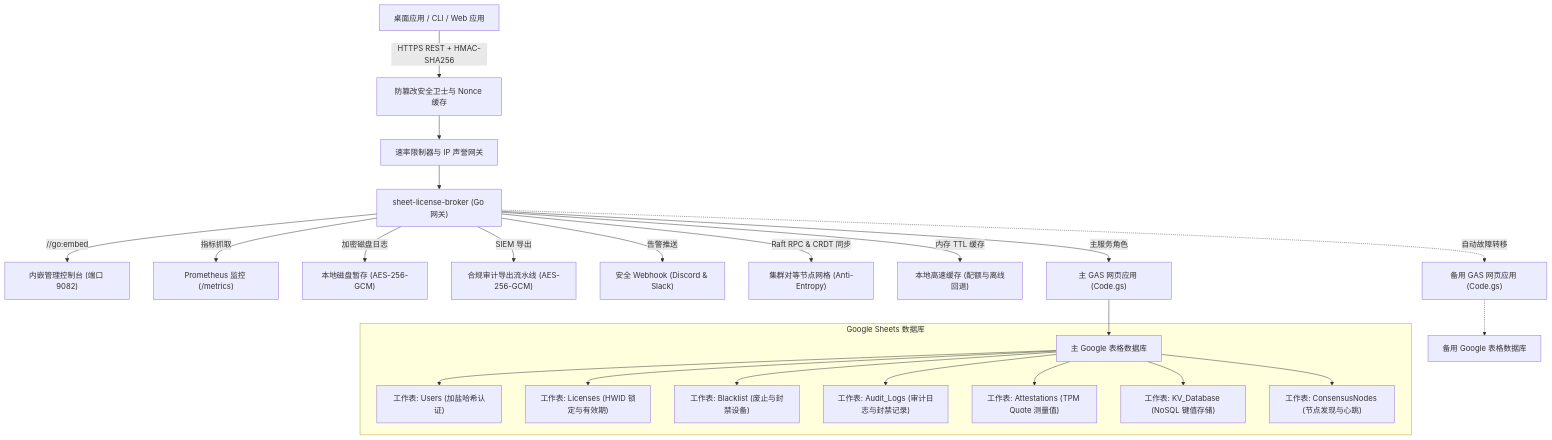
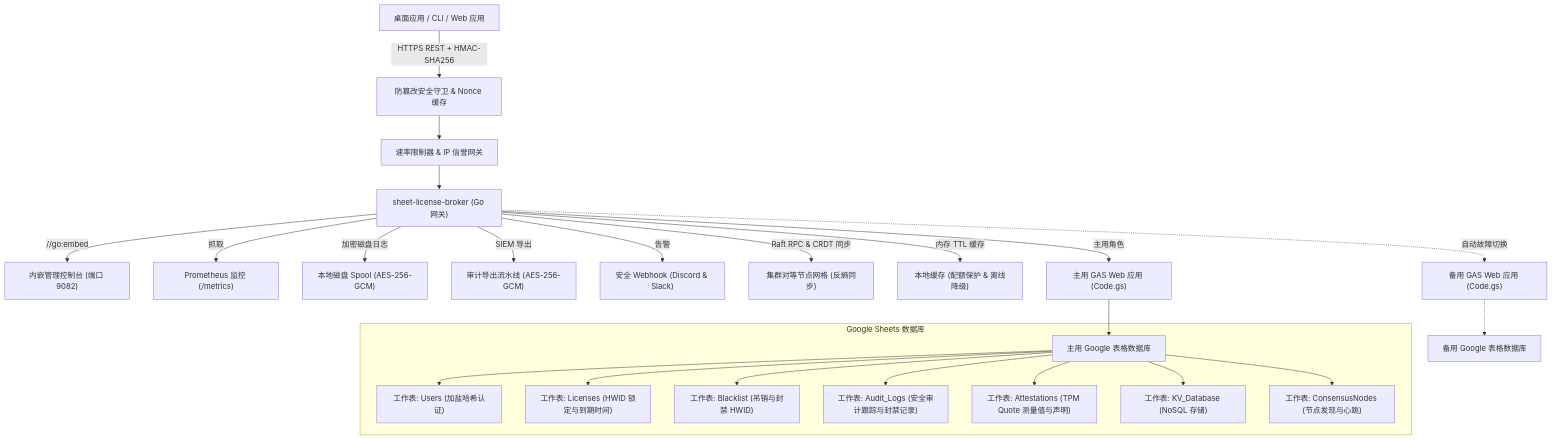
One commit to kLauncher1/sheet-license-broker changed the diagram in docs/locales/zh-CN.md. Above: the diagram before and after it, drawn with Mermaid. The commit also changed other lines of this file and 8 other files, not shown here.

````diff
--- a/docs/locales/zh-CN.md
+++ b/docs/locales/zh-CN.md
@@ -67,27 +80,27 @@
 ```mermaid
 flowchart TD
-    Client["桌面应用 / CLI / Web 应用"] -->|HTTPS REST + HMAC-SHA256| Guard["防篡改安全卫士与 Nonce 缓存"]
-    Guard --> Limiter["速率限制器与 IP 声誉网关"]
+    Client["桌面应用 / CLI / Web 应用"] -->|HTTPS REST + HMAC-SHA256| Guard["防篡改安全守卫 & Nonce 缓存"]
+    Guard --> Limiter["速率限制器 & IP 信誉网关"]
     Limiter --> Broker["sheet-license-broker (Go 网关)"]
     Broker -->|//go:embed| WebUI["内嵌管理控制台 (端口 9082)"]
-    Broker -->|指标抓取| Prom["Prometheus 监控 (/metrics)"]
-    Broker -->|加密磁盘日志| Spool["本地磁盘暂存 (AES-256-GCM)"]
-    Broker -->|SIEM 导出| SIEM["合规审计导出流水线 (AES-256-GCM)"]
-    Broker -->|告警推送| Alerts["安全 Webhook (Discord & Slack)"]
-    Broker -->|Raft RPC & CRDT 同步| Peers["集群对等节点网格 (Anti-Entropy)"]
-    Broker -->|内存 TTL 缓存| Cache["本地高速缓存 (配额与离线回退)"]
-    Broker -->|主服务角色| Primary["主 GAS 网页应用 (Code.gs)"]
-    Broker -.->|自动故障转移| Standby["备用 GAS 网页应用 (Code.gs)"]
-    Primary --> Sheets1["主 Google 表格数据库"]
+    Broker -->|抓取| Prom["Prometheus 监控 (/metrics)"]
+    Broker -->|加密磁盘日志| Spool["本地磁盘 Spool (AES-256-GCM)"]
+    Broker -->|SIEM 导出| SIEM["审计导出流水线 (AES-256-GCM)"]
+    Broker -->|告警| Alerts["安全 Webhook (Discord & Slack)"]
+    Broker -->|Raft RPC & CRDT 同步| Peers["集群对等节点网格 (反熵同步)"]
+    Broker -->|内存 TTL 缓存| Cache["本地缓存 (配额保护 & 离线降级)"]
+    Broker -->|主用角色| Primary["主用 GAS Web 应用 (Code.gs)"]
+    Broker -.->|自动故障切换| Standby["备用 GAS Web 应用 (Code.gs)"]
+    Primary --> Sheets1["主用 Google 表格数据库"]
     Standby -.-> Sheets2["备用 Google 表格数据库"]
 
     subgraph Google Sheets 数据库
         Sheets1 --> Tab1["工作表: Users (加盐哈希认证)"]
-        Sheets1 --> Tab2["工作表: Licenses (HWID 锁定与有效期)"]
-        Sheets1 --> Tab3["工作表: Blacklist (废止与封禁设备)"]
-        Sheets1 --> Tab4["工作表: Audit_Logs (审计日志与封禁记录)"]
-        Sheets1 --> Tab5["工作表: Attestations (TPM Quote 测量值)"]
-        Sheets1 --> Tab6["工作表: KV_Database (NoSQL 键值存储)"]
+        Sheets1 --> Tab2["工作表: Licenses (HWID 锁定与到期时间)"]
+        Sheets1 --> Tab3["工作表: Blacklist (吊销与封禁 HWID)"]
+        Sheets1 --> Tab4["工作表: Audit_Logs (安全审计跟踪与封禁记录)"]
+        Sheets1 --> Tab5["工作表: Attestations (TPM Quote 测量值与声明)"]
+        Sheets1 --> Tab6["工作表: KV_Database (NoSQL 存储)"]
         Sheets1 --> Tab7["工作表: ConsensusNodes (节点发现与心跳)"]
     end
 ```
````
